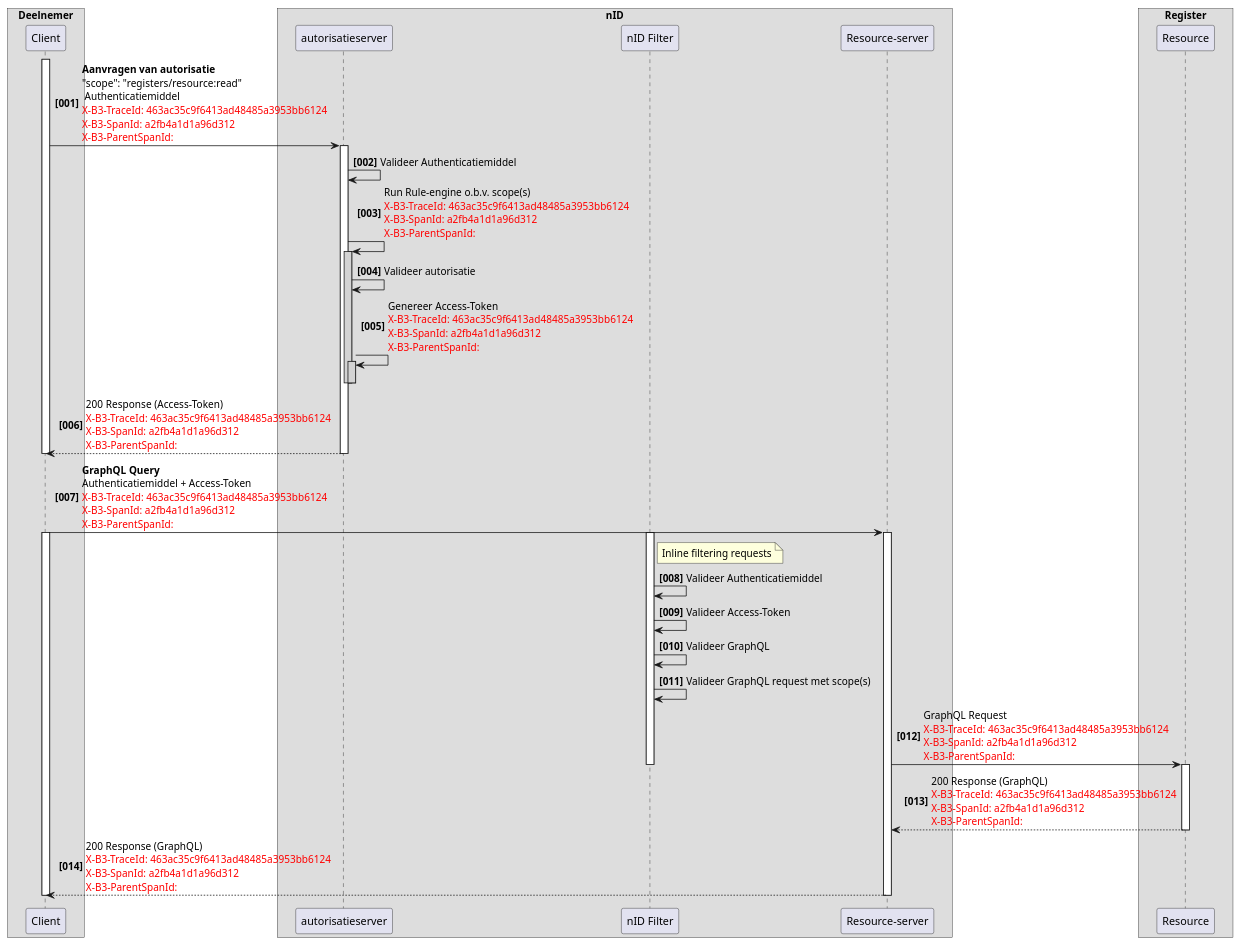
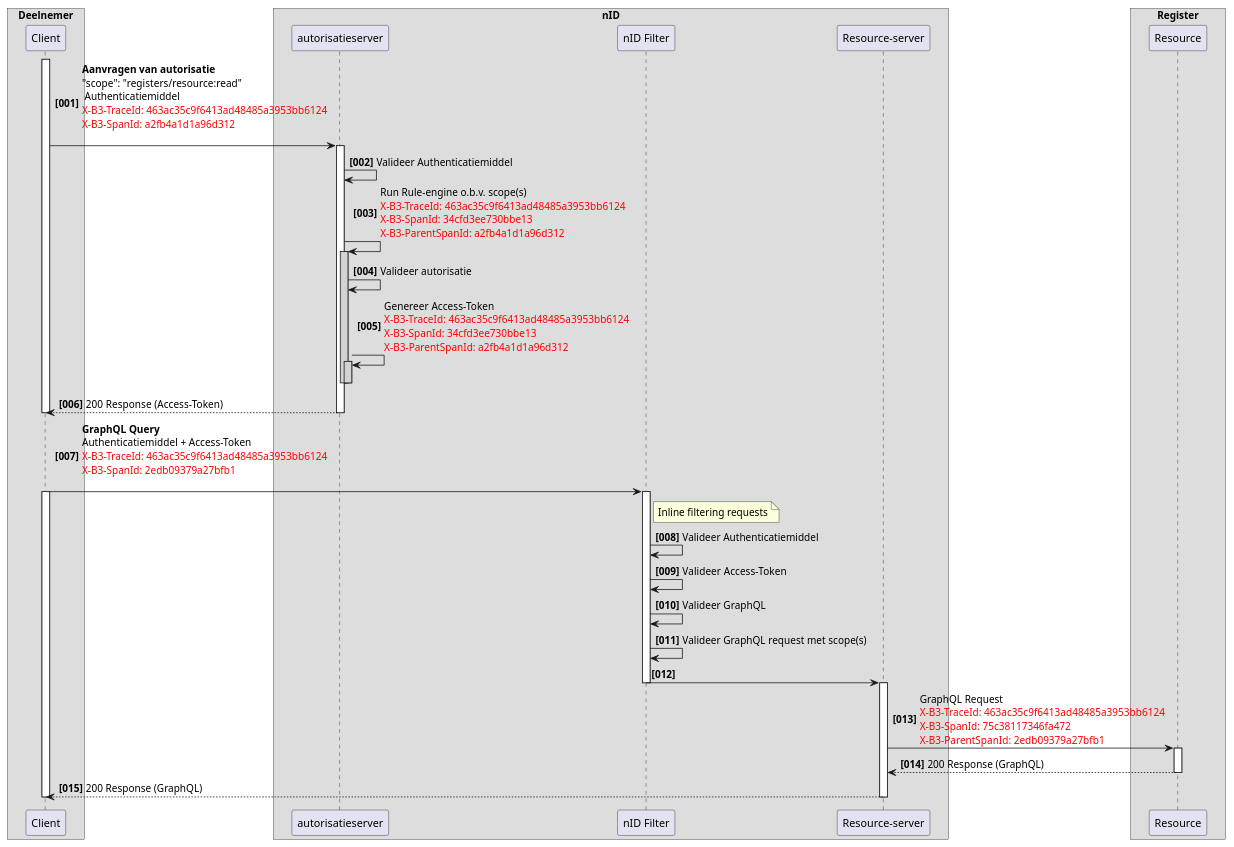
Before and after one commit to iStandaarden/iWlz-RequestForComment: the first of 2 diagrams in RFC/RFC0019 - Logging.md, drawn with PlantUML. The commit also changed 2 other files, not shown here.

Commit message:
flow voor tracing aangepast

````diff
--- a/RFC/RFC0019 - Logging.md
+++ b/RFC/RFC0019 - Logging.md
@@ -192,61 +192,65 @@
 ```plantuml
 @startuml rfc0019-01-voorbeeldflow
 ' !pragma teoz true
 
 skinparam ParticipantPadding 20
 skinparam BoxPadding 10
 
 box "Deelnemer"
     participant "Client" as Client
 end box
 
 box "nID"
     participant "autorisatieserver" as AuthzServer
     participant "nID Filter" as Filter
     participant "Resource-server" as nIDResourceServer
 end box
 
 box "Register"
     participant "Resource" as BEMRegister
 end box
 
 autonumber "<b>[000]"
 activate Client
-    Client -> AuthzServer: **Aanvragen van autorisatie**\n"scope": "registers/resource:read"\n Authenticatiemiddel\n<font color=red>X-B3-TraceId: 463ac35c9f6413ad48485a3953bb6124\n<font color=red>X-B3-SpanId: a2fb4a1d1a96d312\n<font color=red>X-B3-ParentSpanId:
+    Client -> AuthzServer: **Aanvragen van autorisatie**\n"scope": "registers/resource:read"\n Authenticatiemiddel\n<font color=red>X-B3-TraceId: 463ac35c9f6413ad48485a3953bb6124\n<font color=red>X-B3-SpanId: a2fb4a1d1a96d312\n<font color=red>
     activate AuthzServer
         AuthzServer -> AuthzServer: Valideer Authenticatiemiddel
-        AuthzServer -> AuthzServer: Run Rule-engine o.b.v. scope(s)\n<font color=red>X-B3-TraceId: 463ac35c9f6413ad48485a3953bb6124\n<font color=red>X-B3-SpanId: a2fb4a1d1a96d312\n<font color=red>X-B3-ParentSpanId:
+        AuthzServer -> AuthzServer: Run Rule-engine o.b.v. scope(s)\n<font color=red>X-B3-TraceId: 463ac35c9f6413ad48485a3953bb6124\n<font color=red>X-B3-SpanId: 34cfd3ee730bbe13\n<font color=red>X-B3-ParentSpanId: a2fb4a1d1a96d312
         activate AuthzServer #LightGray
             AuthzServer -> AuthzServer: Valideer autorisatie
-            AuthzServer -> AuthzServer: Genereer Access-Token\n<font color=red>X-B3-TraceId: 463ac35c9f6413ad48485a3953bb6124\n<font color=red>X-B3-SpanId: a2fb4a1d1a96d312\n<font color=red>X-B3-ParentSpanId:
+            AuthzServer -> AuthzServer: Genereer Access-Token\n<font color=red>X-B3-TraceId: 463ac35c9f6413ad48485a3953bb6124\n<font color=red>X-B3-SpanId: 34cfd3ee730bbe13\n<font color=red>X-B3-ParentSpanId: a2fb4a1d1a96d312
             activate AuthzServer #LightGray
             deactivate AuthzServer
         deactivate AuthzServer
-        AuthzServer --> Client --: 200 Response (Access-Token)\n<font color=red>X-B3-TraceId: 463ac35c9f6413ad48485a3953bb6124\n<font color=red>X-B3-SpanId: a2fb4a1d1a96d312\n<font color=red>X-B3-ParentSpanId:
+        AuthzServer --> Client --: 200 Response (Access-Token)
     deactivate AuthzServer
 deactivate Client
 
-Client -> nIDResourceServer: **GraphQL Query**\nAuthenticatiemiddel + Access-Token\n<font color=red>X-B3-TraceId: 463ac35c9f6413ad48485a3953bb6124\n<font color=red>X-B3-SpanId: a2fb4a1d1a96d312\n<font color=red>X-B3-ParentSpanId:
-activate nIDResourceServer
+Client -> Filter: **GraphQL Query**\nAuthenticatiemiddel + Access-Token\n<font color=red>X-B3-TraceId: 463ac35c9f6413ad48485a3953bb6124\n<font color=red>X-B3-SpanId: 2edb09379a27bfb1\n<font color=red>
+
 activate Filter
 note right of Filter: Inline filtering requests
 activate Client
 Filter -> Filter: Valideer Authenticatiemiddel
 Filter -> Filter: Valideer Access-Token
 Filter -> Filter: Valideer GraphQL
 Filter -> Filter: Valideer GraphQL request met scope(s)
 
-nIDResourceServer -> BEMRegister: GraphQL Request\n<font color=red>X-B3-TraceId: 463ac35c9f6413ad48485a3953bb6124\n<font color=red>X-B3-SpanId: a2fb4a1d1a96d312\n<font color=red>X-B3-ParentSpanId:
+
+Filter -> nIDResourceServer
 deactivate Filter
+
+
+activate nIDResourceServer
+nIDResourceServer -> BEMRegister: GraphQL Request\n<font color=red>X-B3-TraceId: 463ac35c9f6413ad48485a3953bb6124\n<font color=red>X-B3-SpanId: 75c38117346fa472\n<font color=red>X-B3-ParentSpanId: 2edb09379a27bfb1
 activate BEMRegister
 
-BEMRegister --> nIDResourceServer: 200 Response (GraphQL)\n<font color=red>X-B3-TraceId: 463ac35c9f6413ad48485a3953bb6124\n<font color=red>X-B3-SpanId: a2fb4a1d1a96d312\n<font color=red>X-B3-ParentSpanId:
+BEMRegister --> nIDResourceServer: 200 Response (GraphQL)
 deactivate BEMRegister
 
-nIDResourceServer --> Client: 200 Response (GraphQL)\n<font color=red>X-B3-TraceId: 463ac35c9f6413ad48485a3953bb6124\n<font color=red>X-B3-SpanId: a2fb4a1d1a96d312\n<font color=red>X-B3-ParentSpanId:
+nIDResourceServer --> Client: 200 Response (GraphQL)
 deactivate nIDResourceServer
 
 deactivate Client
 @enduml
-
 ```
````
